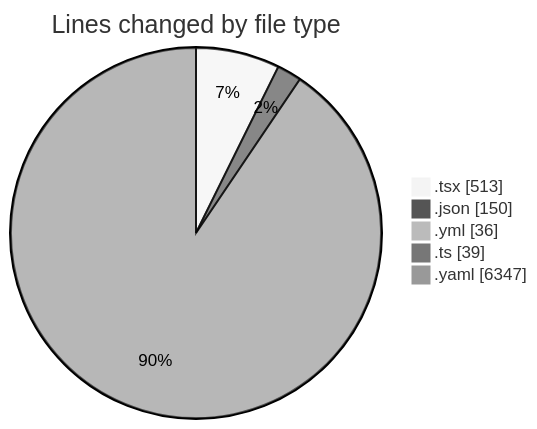
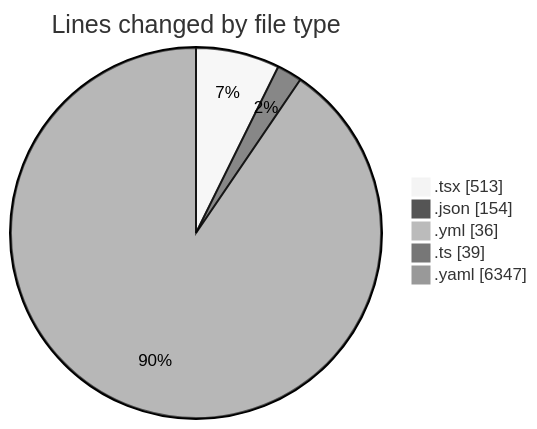
Before and after one commit to julien-gomy/code-tracking: the first of 2 diagrams in 2025-11-27/eventscop-frontend-guide__workspace_/README.md, drawn with Mermaid (neutral theme). The commit also changed other lines of this file and 1 other file, not shown here.

````diff
--- a/2025-11-27/eventscop-frontend-guide__workspace_/README.md
+++ b/2025-11-27/eventscop-frontend-guide__workspace_/README.md
@@ -31,9 +31,9 @@
 ```mermaid
 pie showData
 title Lines changed by file type
 ".tsx" : 513
-".json" : 150
+".json" : 154
 ".yml" : 36
 ".ts" : 39
 ".yaml" : 6347
 ```
````
